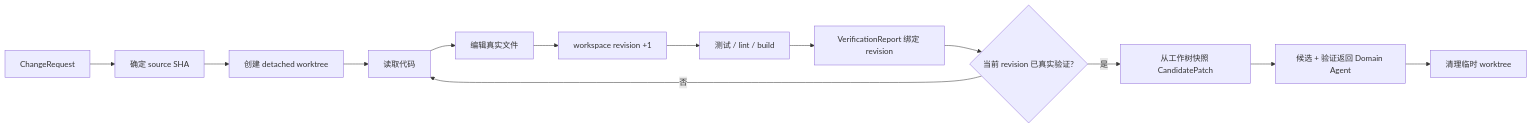
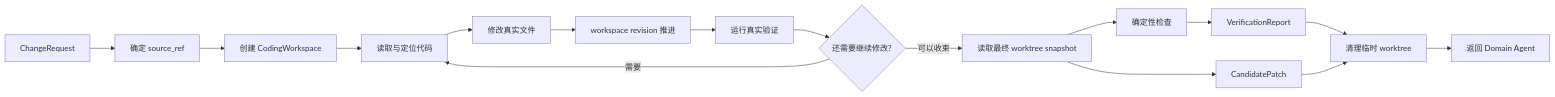
Before and after one commit to Arthur999459up/GitAgent: the first of 11 diagrams in docs/07-coding-workspace-and-verification.md, drawn with Mermaid. The commit also changed other lines of this file and 3 other files, not shown here.

````diff
--- a/docs/07-coding-workspace-and-verification.md
+++ b/docs/07-coding-workspace-and-verification.md
@@ -11,15 +15,18 @@
 ```mermaid
 flowchart LR
-    CR[ChangeRequest] --> SHA[确定 source SHA]
-    SHA --> WS[创建 detached worktree]
-    WS --> READ[读取代码]
-    READ --> EDIT[编辑真实文件]
-    EDIT --> REV[workspace revision +1]
-    REV --> CHECK[测试 / lint / build]
-    CHECK --> VR[VerificationReport 绑定 revision]
-    VR --> GATE{当前 revision 已真实验证?}
-    GATE -->|否| READ
-    GATE -->|是| SNAP[从工作树快照 CandidatePatch]
-    SNAP --> OUT[候选 + 验证返回 Domain Agent]
-    OUT --> CLEAN[清理临时 worktree]
+    A[ChangeRequest] --> B[确定 source_ref]
+    B --> C[创建 CodingWorkspace]
+    C --> D[读取与定位代码]
+    D --> E[修改真实文件]
+    E --> F[workspace revision 推进]
+    F --> G[运行真实验证]
+    G --> H{还需要继续修改?}
+    H -->|需要| D
+    H -->|可以收束| I[读取最终 worktree snapshot]
+    I --> J[确定性检查]
+    J --> K[VerificationReport]
+    I --> L[CandidatePatch]
+    K --> N[清理临时 worktree]
+    L --> N
+    N --> M[返回 Domain Agent]
 ```
````
